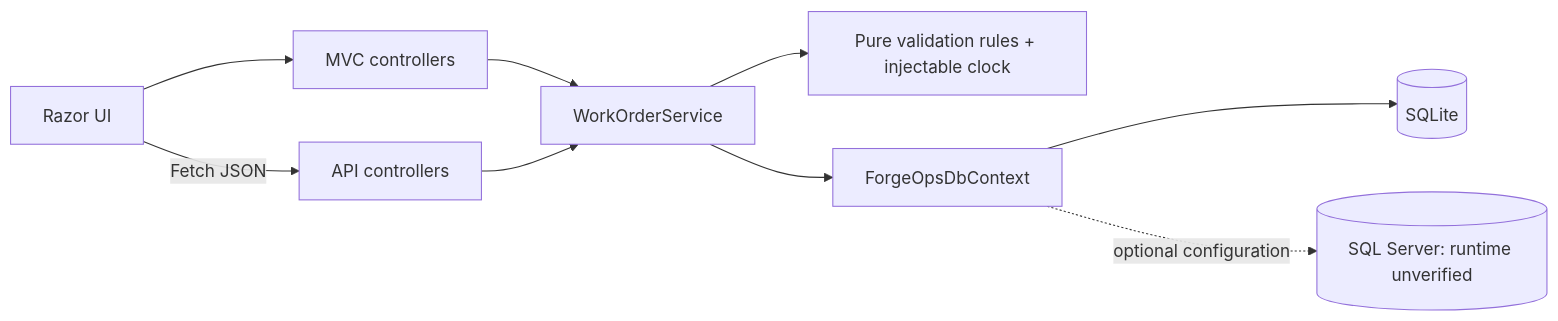
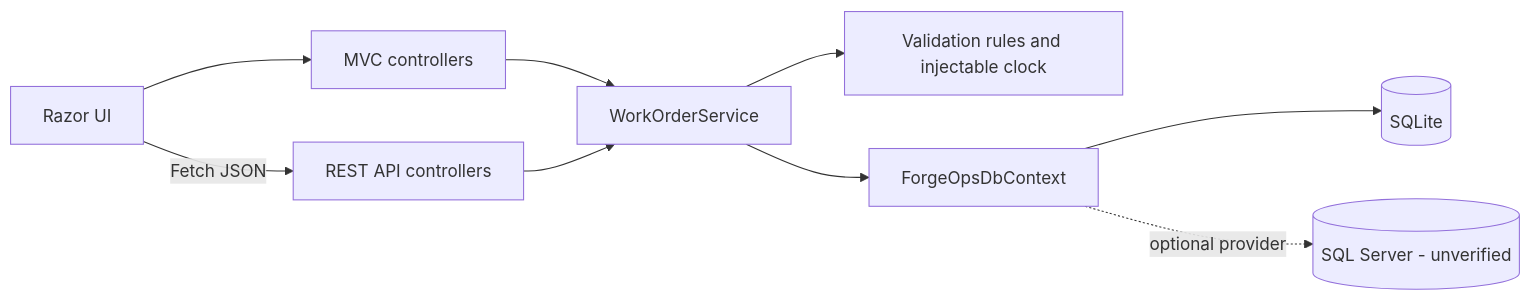
The diagram in docs/DESIGN.md (MBELSABAH/ForgeOps), drawn with Mermaid before and after one commit. The commit also changed other lines of this file and 12 other files, not shown here.

```diff
--- a/docs/DESIGN.md
+++ b/docs/DESIGN.md
@@ -5,11 +5,11 @@
 ~~~mermaid
 flowchart LR
     Browser[Razor UI] --> MVC[MVC controllers]
-    Browser -->|Fetch JSON| API[API controllers]
+    Browser -->|Fetch JSON| API[REST API controllers]
     MVC --> Service[WorkOrderService]
     API --> Service
-    Service --> Rules[Pure validation rules + injectable clock]
+    Service --> Rules[Validation rules and injectable clock]
     Service --> EF[ForgeOpsDbContext]
     EF --> SQLite[(SQLite)]
-    EF -. optional configuration .-> SQL[(SQL Server: runtime unverified)]
+    EF -. optional provider .-> SQL[(SQL Server - unverified)]
 ~~~
```
